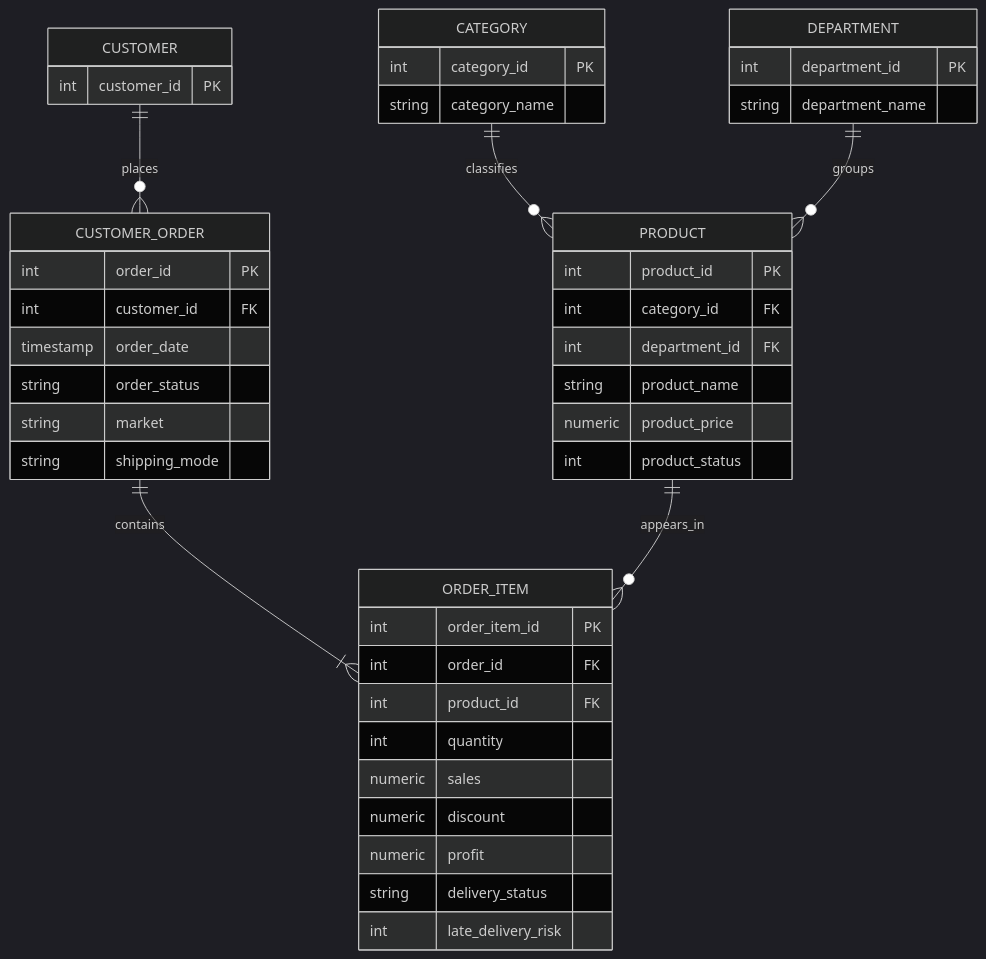
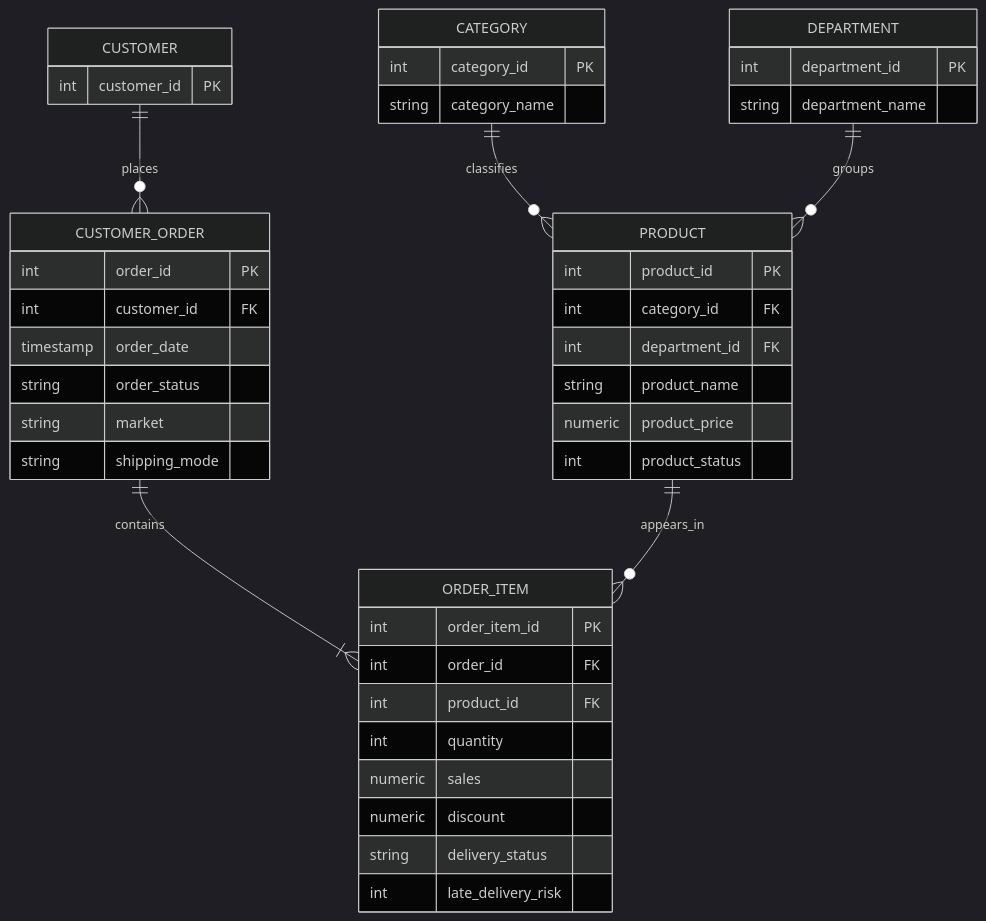
One commit to sanskruti-joshi/Supply_Chain_SQL_Project changed the diagram in docs/er_diagram.md. Above: the diagram before and after it, drawn with Mermaid (dark theme). The commit also changed other lines of this file and 7 other files, not shown here.

````diff
--- a/docs/er_diagram.md
+++ b/docs/er_diagram.md
@@ -9,52 +9,51 @@
 ```mermaid
 erDiagram
     CUSTOMER ||--o{ CUSTOMER_ORDER : places
     CUSTOMER_ORDER ||--|{ ORDER_ITEM : contains
     PRODUCT ||--o{ ORDER_ITEM : appears_in
     CATEGORY ||--o{ PRODUCT : classifies
     DEPARTMENT ||--o{ PRODUCT : groups
 
     CUSTOMER {
         int customer_id PK
     }
 
     CUSTOMER_ORDER {
         int order_id PK
         int customer_id FK
         timestamp order_date
         string order_status
         string market
         string shipping_mode
     }
 
     ORDER_ITEM {
         int order_item_id PK
         int order_id FK
         int product_id FK
         int quantity
         numeric sales
         numeric discount
-        numeric profit
         string delivery_status
         int late_delivery_risk
     }
 
     PRODUCT {
         int product_id PK
         int category_id FK
         int department_id FK
         string product_name
         numeric product_price
         int product_status
     }
 
     CATEGORY {
         int category_id PK
         string category_name
     }
 
     DEPARTMENT {
         int department_id PK
         string department_name
     }
 ```
````
